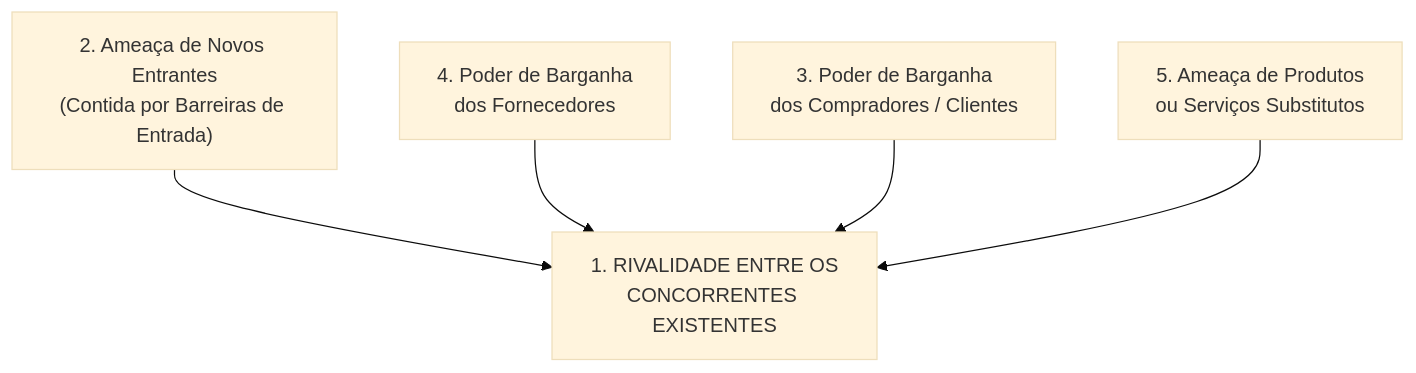
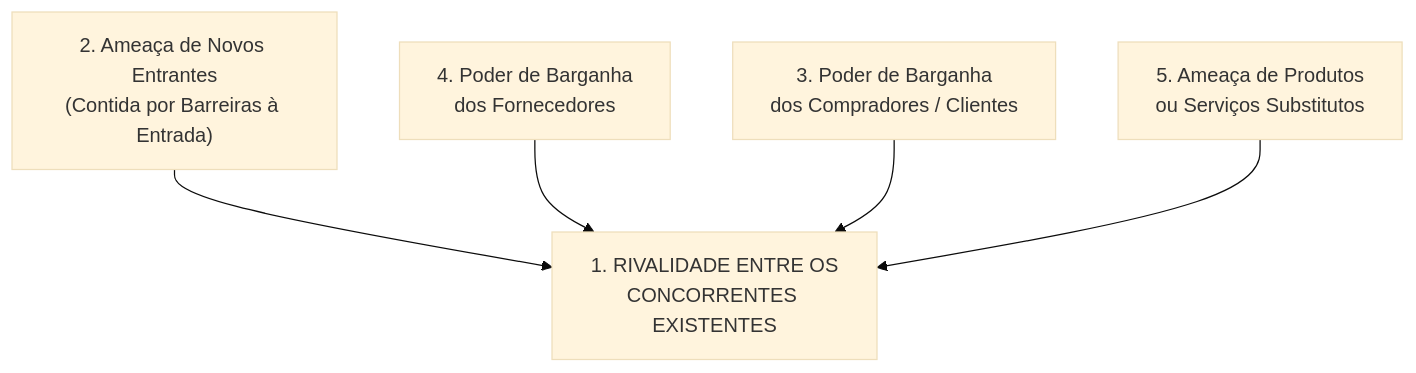
The second of 4 diagrams in fontes_de_estudo/conhecimentos_especificos_a01_tecnico_administrativo/23_administracao_estrategica/02_ferramentas_de_diagnostico_estrategico_swot_porter_rbv_canvas.md (thiagosantos346/TCE-GO-2027), drawn with Mermaid (base theme) before and after one commit. The commit also changed other lines of this file and 119 other files, not shown here.

````diff
--- a/fontes_de_estudo/conhecimentos_especificos_a01_tecnico_administrativo/23_administracao_estrategica/02_ferramentas_de_diagnostico_estrategico_swot_porter_rbv_canvas.md
+++ b/fontes_de_estudo/conhecimentos_especificos_a01_tecnico_administrativo/23_administracao_estrategica/02_ferramentas_de_diagnostico_estrategico_swot_porter_rbv_canvas.md
@@ -106,7 +81,7 @@
 ```mermaid
 flowchart TD
-    RNE["2. Ameaça de Novos Entrantes<br/>(Contida por Barreiras de Entrada)"] --> RIV["1. RIVALIDADE ENTRE OS<br/>CONCORRENTES EXISTENTES"]
+    RNE["2. Ameaça de Novos Entrantes<br/>(Contida por Barreiras à Entrada)"] --> RIV["1. RIVALIDADE ENTRE OS<br/>CONCORRENTES EXISTENTES"]
     PFOR["4. Poder de Barganha<br/>dos Fornecedores"] --> RIV
     PCOM["3. Poder de Barganha<br/>dos Compradores / Clientes"] --> RIV
     ASUB["5. Ameaça de Produtos<br/>ou Serviços Substitutos"] --> RIV
 ```
````
